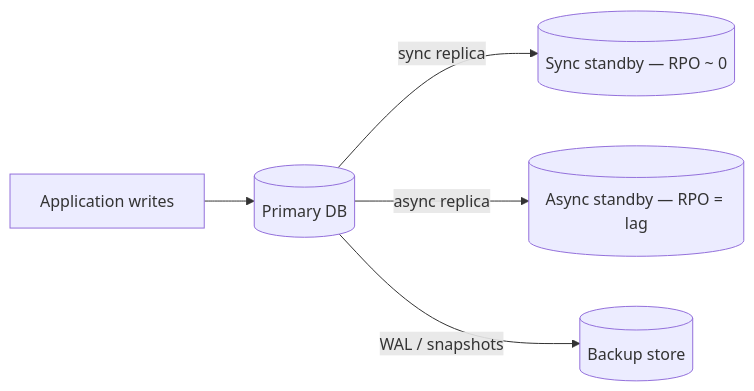
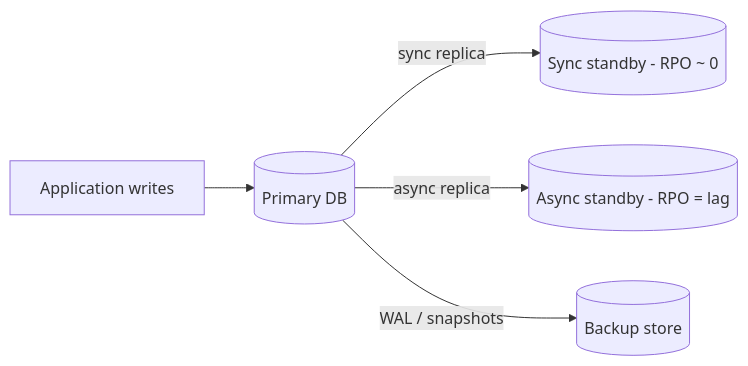
Diagram 14 of 21 in 12-reliability-engineering/README.md (hareramcse/SystemDesign), drawn with Mermaid before and after one commit. The commit also changed other lines of this file, not shown here.

````diff
--- a/12-reliability-engineering/README.md
+++ b/12-reliability-engineering/README.md
@@ -861,7 +959,7 @@
 ```mermaid
 flowchart LR
     App[Application writes] --> Primary[(Primary DB)]
-    Primary -->|sync replica| Sync[(Sync standby — RPO ~ 0)]
-    Primary -->|async replica| Async[(Async standby — RPO = lag)]
+    Primary -->|sync replica| Sync[(Sync standby - RPO ~ 0)]
+    Primary -->|async replica| Async[(Async standby - RPO = lag)]
     Primary -->|WAL / snapshots| Backup[(Backup store)]
 ```
````
